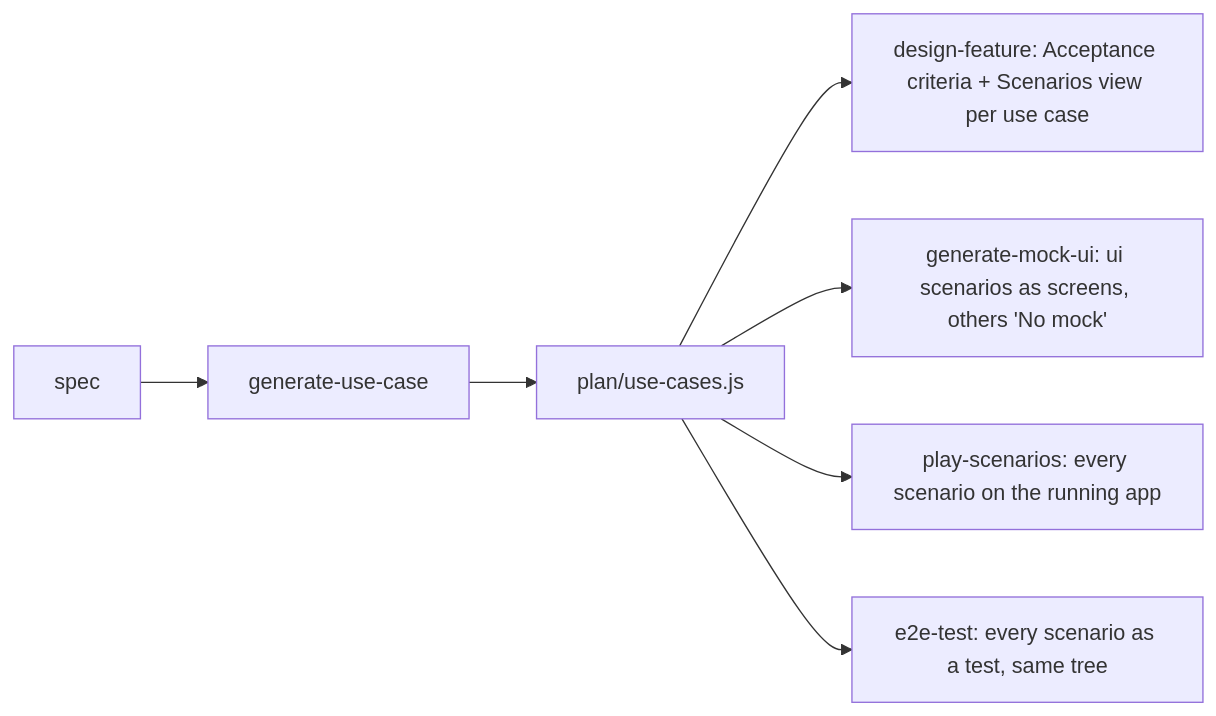
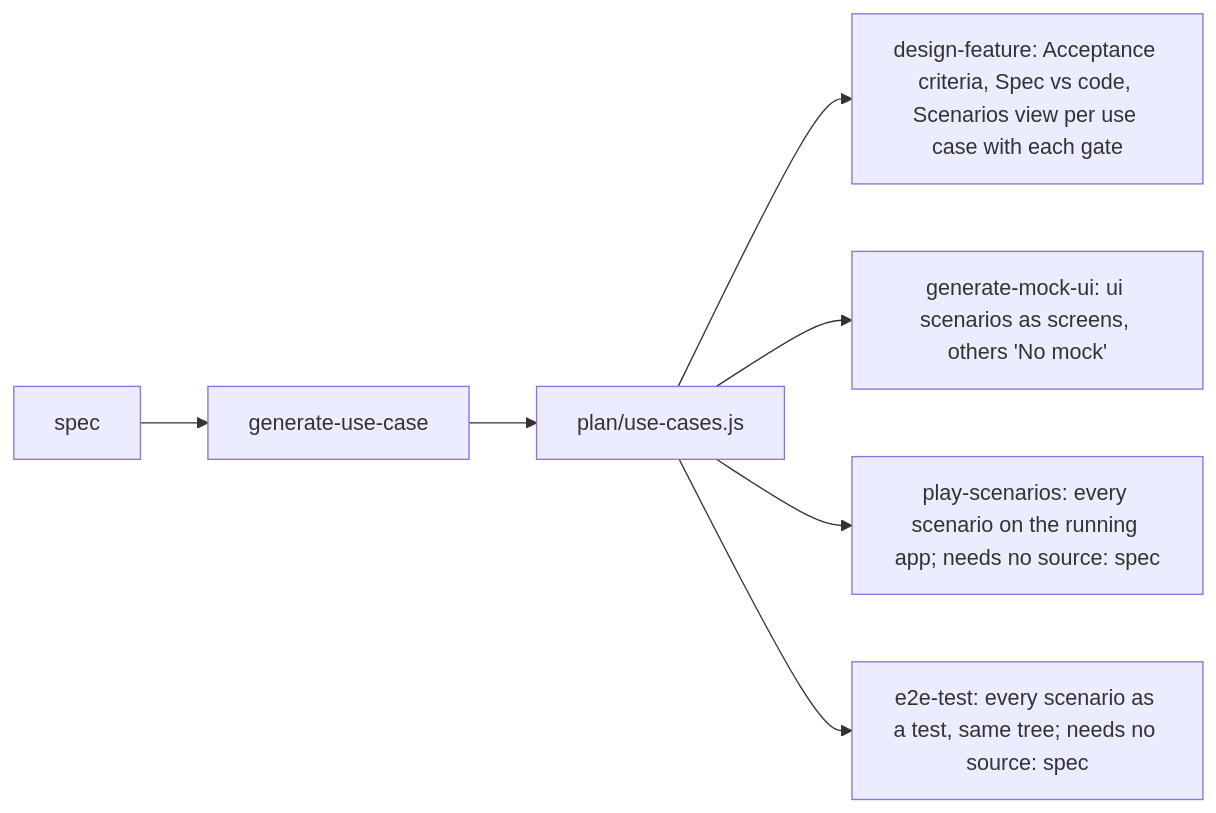
One commit to naphatwx/naphatwx-tools changed the second of 3 diagrams in plugins/naphatwx-tools/skills/generate-use-case/README.md. Above: the diagram before and after it, drawn with Mermaid. The commit also changed other lines of this file and 21 other files, not shown here.

First line of the commit message:
feat(generate-use-case): trace scenarios in code with evidence

````diff
--- a/plugins/naphatwx-tools/skills/generate-use-case/README.md
+++ b/plugins/naphatwx-tools/skills/generate-use-case/README.md
@@ -54,9 +66,9 @@
 ```mermaid
 graph LR
     S[spec] --> U[generate-use-case]
     U --> F["plan/use-cases.js"]
-    F --> DF["design-feature: Acceptance criteria + Scenarios view per use case"]
+    F --> DF["design-feature: Acceptance criteria, Spec vs code, Scenarios view per use case with each gate"]
     F --> MU["generate-mock-ui: ui scenarios as screens, others 'No mock'"]
-    F --> PS["play-scenarios: every scenario on the running app"]
-    F --> E2E["e2e-test: every scenario as a test, same tree"]
+    F --> PS["play-scenarios: every scenario on the running app; needs no source: spec"]
+    F --> E2E["e2e-test: every scenario as a test, same tree; needs no source: spec"]
 ```
````
